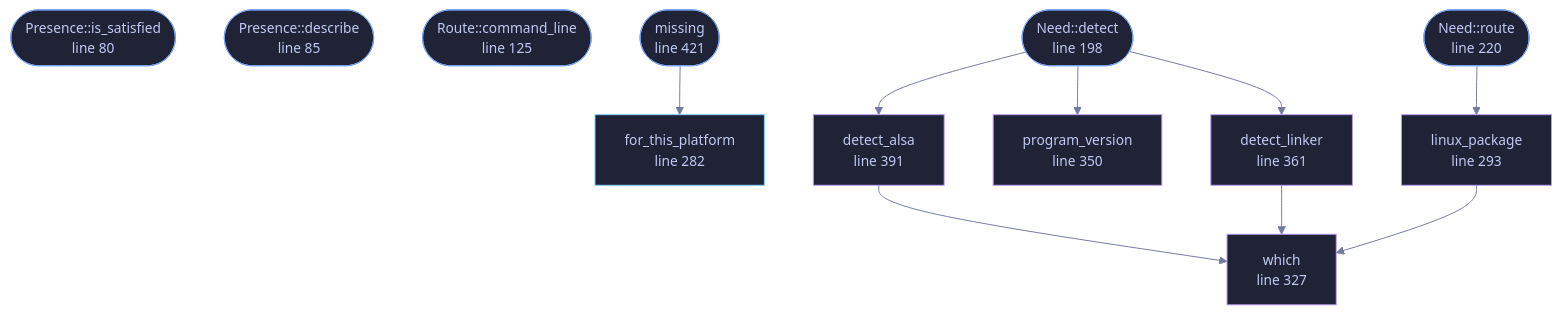
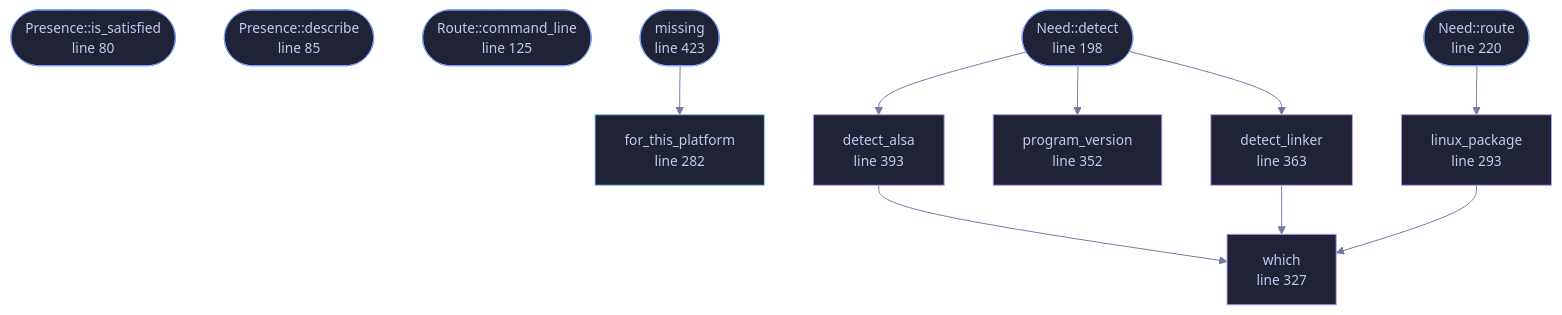
One commit to tilas01/veilvoice changed the diagram in wiki/File-veilvoice-verify-deps.md. Above: the diagram before and after it, drawn with Mermaid. The commit also changed other lines of this file and 528 other files, not shown here.

````diff
--- a/wiki/File-veilvoice-verify-deps.md
+++ b/wiki/File-veilvoice-verify-deps.md
@@ -106,42 +106,42 @@
 ```mermaid
 %%{init: {"theme":"base","themeVariables":{"background":"#1a1b26","primaryColor":"#1f2335","primaryTextColor":"#c0caf5","primaryBorderColor":"#7aa2f7","secondaryColor":"#16161e","tertiaryColor":"#16161e","lineColor":"#737aa2","textColor":"#c0caf5","mainBkg":"#1f2335","nodeBorder":"#7aa2f7","clusterBkg":"#16161e","clusterBorder":"#2f3549","fontFamily":"ui-monospace, SFMono-Regular, Consolas, monospace","fontSize":"14px"}}}%%
 flowchart TD
     n_is_satisfied(["Presence::is_satisfied<br/>line 80"])
     n_describe(["Presence::describe<br/>line 85"])
     n_command_line(["Route::command_line<br/>line 125"])
     n_detect(["Need::detect<br/>line 198"])
     n_route(["Need::route<br/>line 220"])
     n_for_this_platform["for_this_platform<br/>line 282"]
     n_linux_package["linux_package<br/>line 293"]
     n_which["which<br/>line 327"]
-    n_program_version["program_version<br/>line 350"]
-    n_detect_linker["detect_linker<br/>line 361"]
-    n_detect_alsa["detect_alsa<br/>line 391"]
-    n_missing(["missing<br/>line 421"])
+    n_program_version["program_version<br/>line 352"]
+    n_detect_linker["detect_linker<br/>line 363"]
+    n_detect_alsa["detect_alsa<br/>line 393"]
+    n_missing(["missing<br/>line 423"])
     n_detect --> n_detect_alsa
     n_detect --> n_detect_linker
     n_detect --> n_program_version
     n_detect_alsa --> n_which
     n_detect_linker --> n_which
     n_linux_package --> n_which
     n_missing --> n_for_this_platform
     n_route --> n_linux_package
     click n_is_satisfied href "https://github.com/tilas01/veilvoice/blob/main/crates/veilvoice-verify/src/deps.rs#L80" "open the source"
     click n_describe href "https://github.com/tilas01/veilvoice/blob/main/crates/veilvoice-verify/src/deps.rs#L85" "open the source"
     click n_command_line href "https://github.com/tilas01/veilvoice/blob/main/crates/veilvoice-verify/src/deps.rs#L125" "open the source"
     click n_detect href "https://github.com/tilas01/veilvoice/blob/main/crates/veilvoice-verify/src/deps.rs#L198" "open the source"
     click n_route href "https://github.com/tilas01/veilvoice/blob/main/crates/veilvoice-verify/src/deps.rs#L220" "open the source"
     click n_for_this_platform href "https://github.com/tilas01/veilvoice/blob/main/crates/veilvoice-verify/src/deps.rs#L282" "open the source"
     click n_linux_package href "https://github.com/tilas01/veilvoice/blob/main/crates/veilvoice-verify/src/deps.rs#L293" "open the source"
     click n_which href "https://github.com/tilas01/veilvoice/blob/main/crates/veilvoice-verify/src/deps.rs#L327" "open the source"
-    click n_program_version href "https://github.com/tilas01/veilvoice/blob/main/crates/veilvoice-verify/src/deps.rs#L350" "open the source"
-    click n_detect_linker href "https://github.com/tilas01/veilvoice/blob/main/crates/veilvoice-verify/src/deps.rs#L361" "open the source"
-    click n_detect_alsa href "https://github.com/tilas01/veilvoice/blob/main/crates/veilvoice-verify/src/deps.rs#L391" "open the source"
-    click n_missing href "https://github.com/tilas01/veilvoice/blob/main/crates/veilvoice-verify/src/deps.rs#L421" "open the source"
+    click n_program_version href "https://github.com/tilas01/veilvoice/blob/main/crates/veilvoice-verify/src/deps.rs#L352" "open the source"
+    click n_detect_linker href "https://github.com/tilas01/veilvoice/blob/main/crates/veilvoice-verify/src/deps.rs#L363" "open the source"
+    click n_detect_alsa href "https://github.com/tilas01/veilvoice/blob/main/crates/veilvoice-verify/src/deps.rs#L393" "open the source"
+    click n_missing href "https://github.com/tilas01/veilvoice/blob/main/crates/veilvoice-verify/src/deps.rs#L423" "open the source"
     classDef entry fill:#1f2335,stroke:#7aa2f7,color:#c0caf5
     class n_is_satisfied,n_describe,n_command_line,n_detect,n_route,n_missing entry
     classDef api fill:#1f2335,stroke:#7dcfff,color:#c0caf5
     class n_for_this_platform api
     classDef helper fill:#1f2335,stroke:#bb9af7,color:#c0caf5
     class n_linux_package,n_which,n_program_version,n_detect_linker,n_detect_alsa helper
 ```
````
